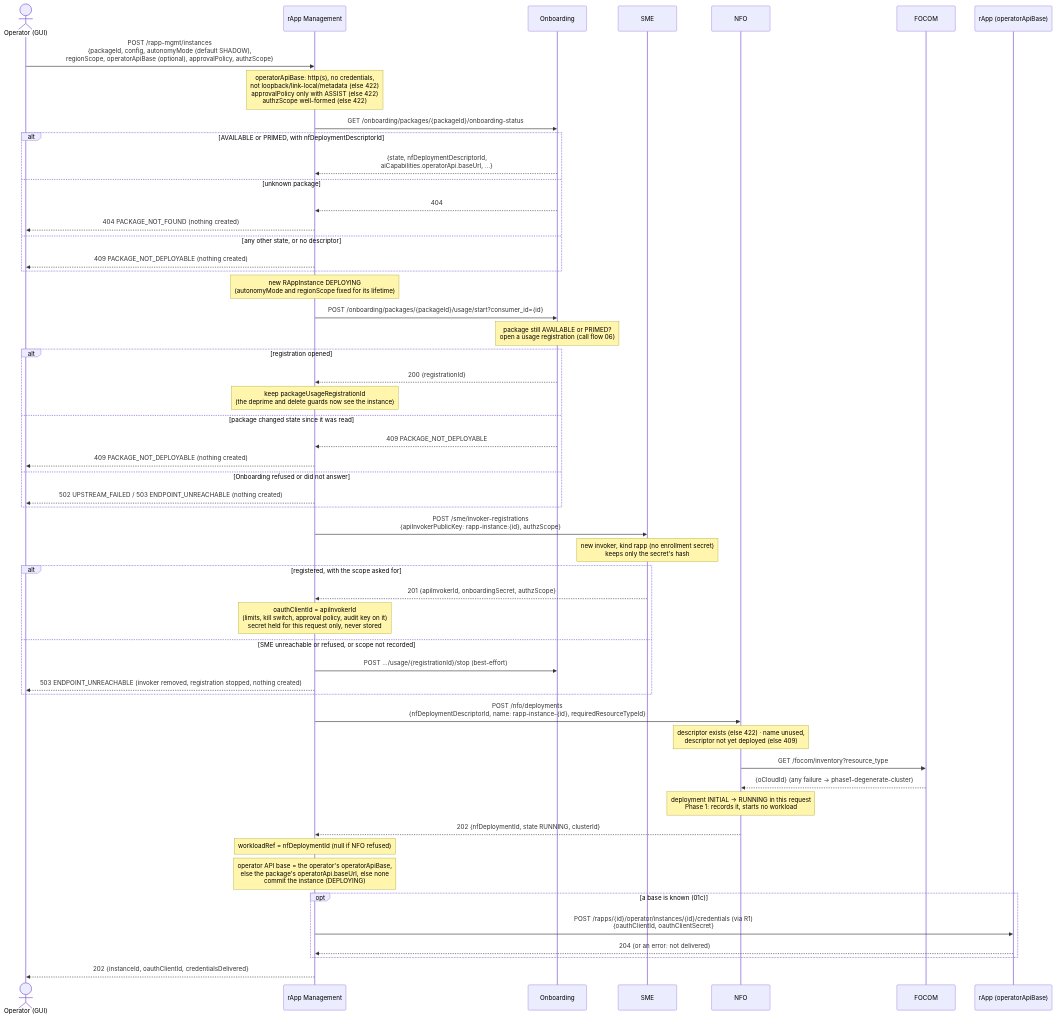
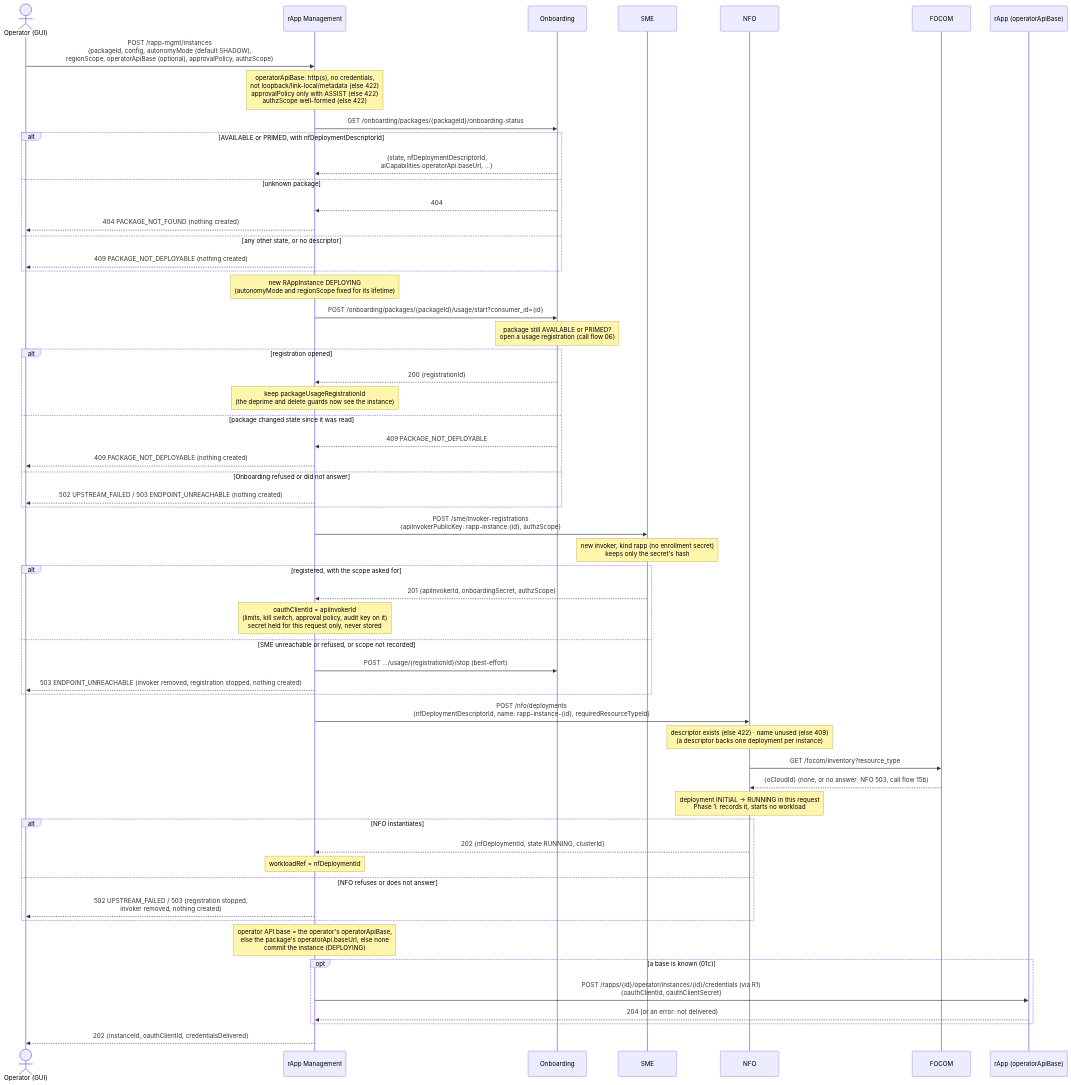
Before and after one commit to rsys-bshankar/ai-ran-smo: the second of 5 diagrams in smo/docs/call-flows/01-rapp-onboarding-to-deployment.md, drawn with Mermaid. The commit also changed 23 other files, not shown here.

First line of the commit message:
Flow 15 review: several instances of a package, no instance without a workload, a broken workload seen (DOC-CF-1.4)

````diff
--- a/smo/docs/call-flows/01-rapp-onboarding-to-deployment.md
+++ b/smo/docs/call-flows/01-rapp-onboarding-to-deployment.md
@@ -76,56 +76,60 @@
 ```mermaid
 sequenceDiagram
     actor Op as Operator (GUI)
     participant RM as rApp Management
     participant Onb as Onboarding
     participant SME as SME
     participant NFO as NFO
     participant FOCOM as FOCOM
     participant App as rApp (operatorApiBase)
 
     Op->>RM: POST /rapp-mgmt/instances<br/>{packageId, config, autonomyMode (default SHADOW),<br/>regionScope, operatorApiBase (optional), approvalPolicy, authzScope}
     Note over RM: operatorApiBase: http(s), no credentials,<br/>not loopback/link-local/metadata (else 422)<br/>approvalPolicy only with ASSIST (else 422)<br/>authzScope well-formed (else 422)
     RM->>Onb: GET /onboarding/packages/{packageId}/onboarding-status
     alt AVAILABLE or PRIMED, with nfDeploymentDescriptorId
         Onb-->>RM: {state, nfDeploymentDescriptorId,<br/>aiCapabilities.operatorApi.baseUrl, …}
     else unknown package
         Onb-->>RM: 404
         RM-->>Op: 404 PACKAGE_NOT_FOUND (nothing created)
     else any other state, or no descriptor
         RM-->>Op: 409 PACKAGE_NOT_DEPLOYABLE (nothing created)
     end
     Note over RM: new RAppInstance DEPLOYING<br/>(autonomyMode and regionScope fixed for its lifetime)
     RM->>Onb: POST /onboarding/packages/{packageId}/usage/start?consumer_id={id}
     Note over Onb: package still AVAILABLE or PRIMED?<br/>open a usage registration (call flow 06)
     alt registration opened
         Onb-->>RM: 200 {registrationId}
         Note over RM: keep packageUsageRegistrationId<br/>(the deprime and delete guards now see the instance)
     else package changed state since it was read
         Onb-->>RM: 409 PACKAGE_NOT_DEPLOYABLE
         RM-->>Op: 409 PACKAGE_NOT_DEPLOYABLE (nothing created)
     else Onboarding refused or did not answer
         RM-->>Op: 502 UPSTREAM_FAILED / 503 ENDPOINT_UNREACHABLE (nothing created)
     end
     RM->>SME: POST /sme/invoker-registrations<br/>{apiInvokerPublicKey: rapp-instance:{id}, authzScope}
     Note over SME: new invoker, kind rapp (no enrollment secret)<br/>keeps only the secret's hash
     alt registered, with the scope asked for
         SME-->>RM: 201 {apiInvokerId, onboardingSecret, authzScope}
         Note over RM: oauthClientId = apiInvokerId<br/>(limits, kill switch, approval policy, audit key on it)<br/>secret held for this request only, never stored
     else SME unreachable or refused, or scope not recorded
         RM->>Onb: POST …/usage/{registrationId}/stop (best-effort)
         RM-->>Op: 503 ENDPOINT_UNREACHABLE (invoker removed, registration stopped, nothing created)
     end
     RM->>NFO: POST /nfo/deployments<br/>{nfDeploymentDescriptorId, name: rapp-instance-{id}, requiredResourceTypeId}
-    Note over NFO: descriptor exists (else 422) · name unused,<br/>descriptor not yet deployed (else 409)
+    Note over NFO: descriptor exists (else 422) · name unused (else 409)<br/>(a descriptor backs one deployment per instance)
     NFO->>FOCOM: GET /focom/inventory?resource_type
-    FOCOM-->>NFO: {oCloudId} (any failure → phase1-degenerate-cluster)
+    FOCOM-->>NFO: {oCloudId} (none, or no answer: NFO 503, call flow 15b)
     Note over NFO: deployment INITIAL → RUNNING in this request<br/>Phase 1: records it, starts no workload
-    NFO-->>RM: 202 {nfDeploymentId, state RUNNING, clusterId}
-    Note over RM: workloadRef = nfDeploymentId (null if NFO refused)
+    alt NFO instantiates
+        NFO-->>RM: 202 {nfDeploymentId, state RUNNING, clusterId}
+        Note over RM: workloadRef = nfDeploymentId
+    else NFO refuses or does not answer
+        RM-->>Op: 502 UPSTREAM_FAILED / 503 (registration stopped,<br/>invoker removed, nothing created)
+    end
     Note over RM: operator API base = the operator's operatorApiBase,<br/>else the package's operatorApi.baseUrl, else none<br/>commit the instance (DEPLOYING)
     opt a base is known (01c)
         RM->>App: POST /rapps/{id}/operator/instances/{id}/credentials (via R1)<br/>{oauthClientId, oauthClientSecret}
         App-->>RM: 204 (or an error: not delivered)
     end
     RM-->>Op: 202 {instanceId, oauthClientId, credentialsDelivered}
 ```
````
